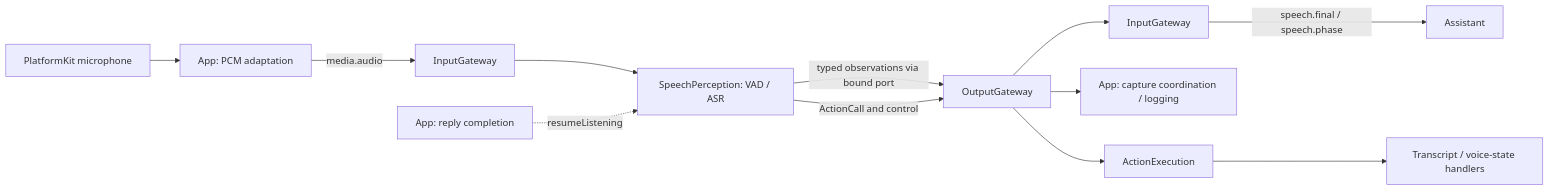
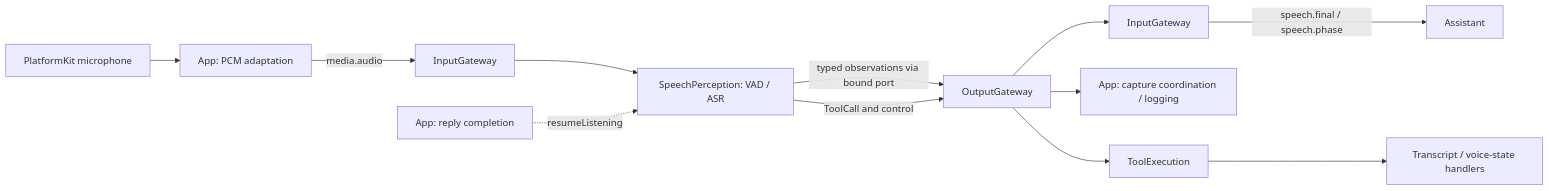
One commit to devilyouwei/MobileHarness changed the second of 2 diagrams in MobileHarness/Agents/SpeechPerception/README.md. Above: the diagram before and after it, drawn with Mermaid. The commit also changed other lines of this file and 33 other files, not shown here.

````diff
--- a/MobileHarness/Agents/SpeechPerception/README.md
+++ b/MobileHarness/Agents/SpeechPerception/README.md
@@ -57,14 +57,14 @@
 ```mermaid
 flowchart LR
     Mic[PlatformKit microphone] --> Adapt[App: PCM adaptation]
     Adapt -->|media.audio| IG[InputGateway]
     IG --> S[SpeechPerception: VAD / ASR]
     S -->|typed observations via bound port| OG[OutputGateway]
     OG --> IG2[InputGateway]
     IG2 -->|speech.final / speech.phase| Assistant
     OG --> Observer[App: capture coordination / logging]
-    S -->|ActionCall and control| OG
-    OG --> AR[ActionExecution]
+    S -->|ToolCall and control| OG
+    OG --> AR[ToolExecution]
     AR --> UI[Transcript / voice-state handlers]
     App[App: reply completion] -.->|resumeListening| S
 ```
````
